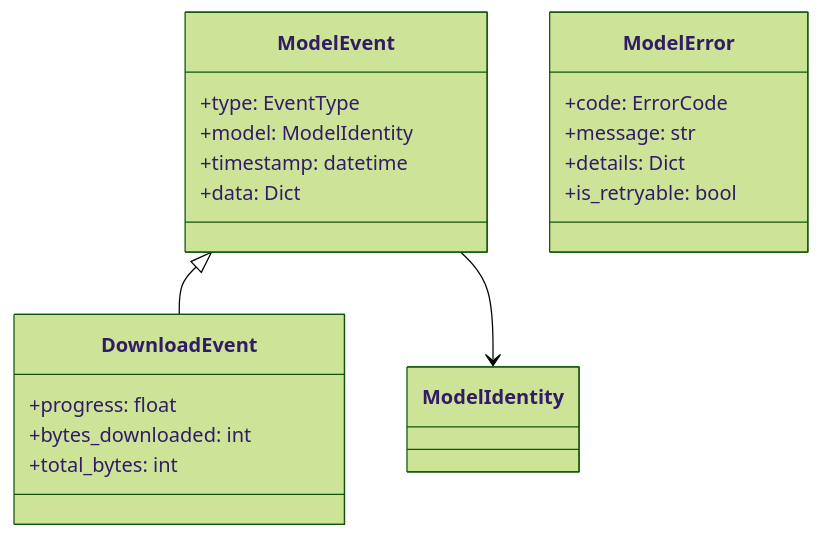
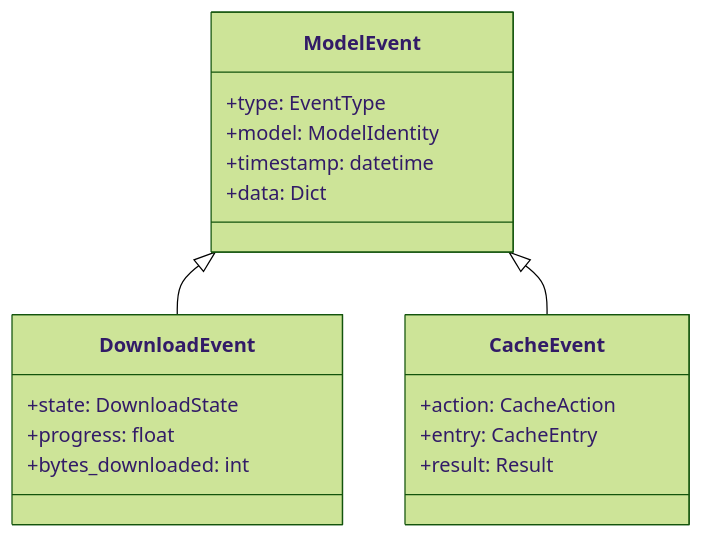
One commit to zhifengzhang-sz/qi-v2-dp changed the fifth of 5 diagrams in services/ai/llm-service/docs/architecture/classes/model_manager.md. Above: the diagram before and after it, drawn with Mermaid (forest theme). The commit also changed other lines of this file and 50 other files, not shown here.

````diff
--- a/services/ai/llm-service/docs/architecture/classes/model_manager.md
+++ b/services/ai/llm-service/docs/architecture/classes/model_manager.md
@@ -142,25 +149,24 @@
 ```mermaid
 classDiagram
     class ModelEvent {
         +type: EventType
         +model: ModelIdentity
         +timestamp: datetime
         +data: Dict
     }
 
     class DownloadEvent {
+        +state: DownloadState
         +progress: float
         +bytes_downloaded: int
-        +total_bytes: int
     }
 
-    class ModelError {
-        +code: ErrorCode
-        +message: str
-        +details: Dict
-        +is_retryable: bool
+    class CacheEvent {
+        +action: CacheAction
+        +entry: CacheEntry
+        +result: Result
     }
 
     ModelEvent <|-- DownloadEvent
-    ModelEvent --> ModelIdentity
+    ModelEvent <|-- CacheEvent
 ```
````
